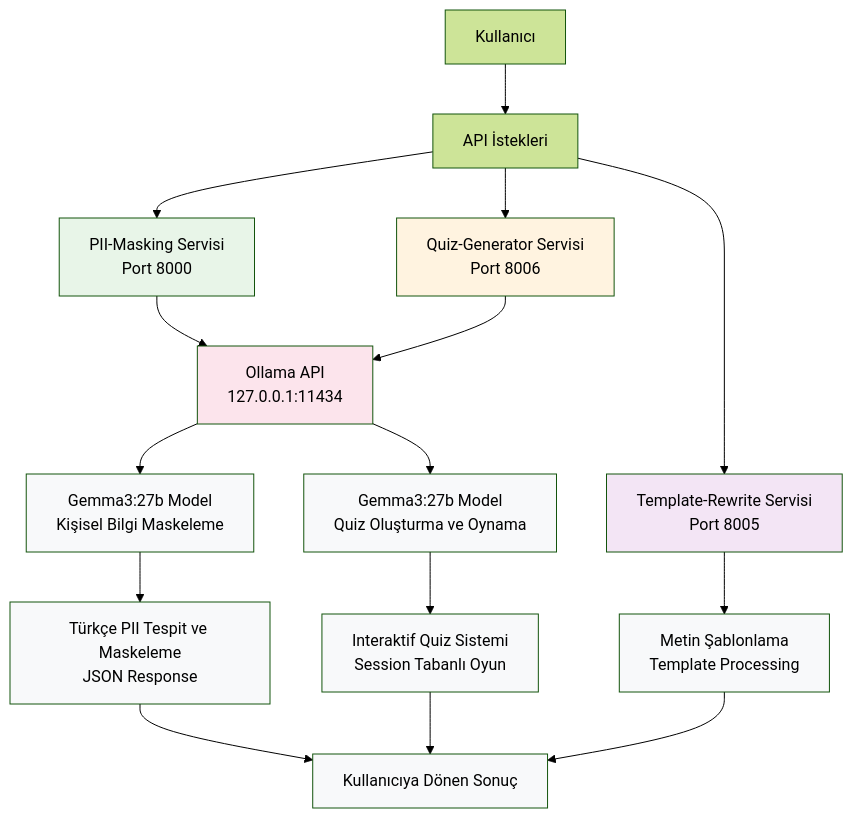
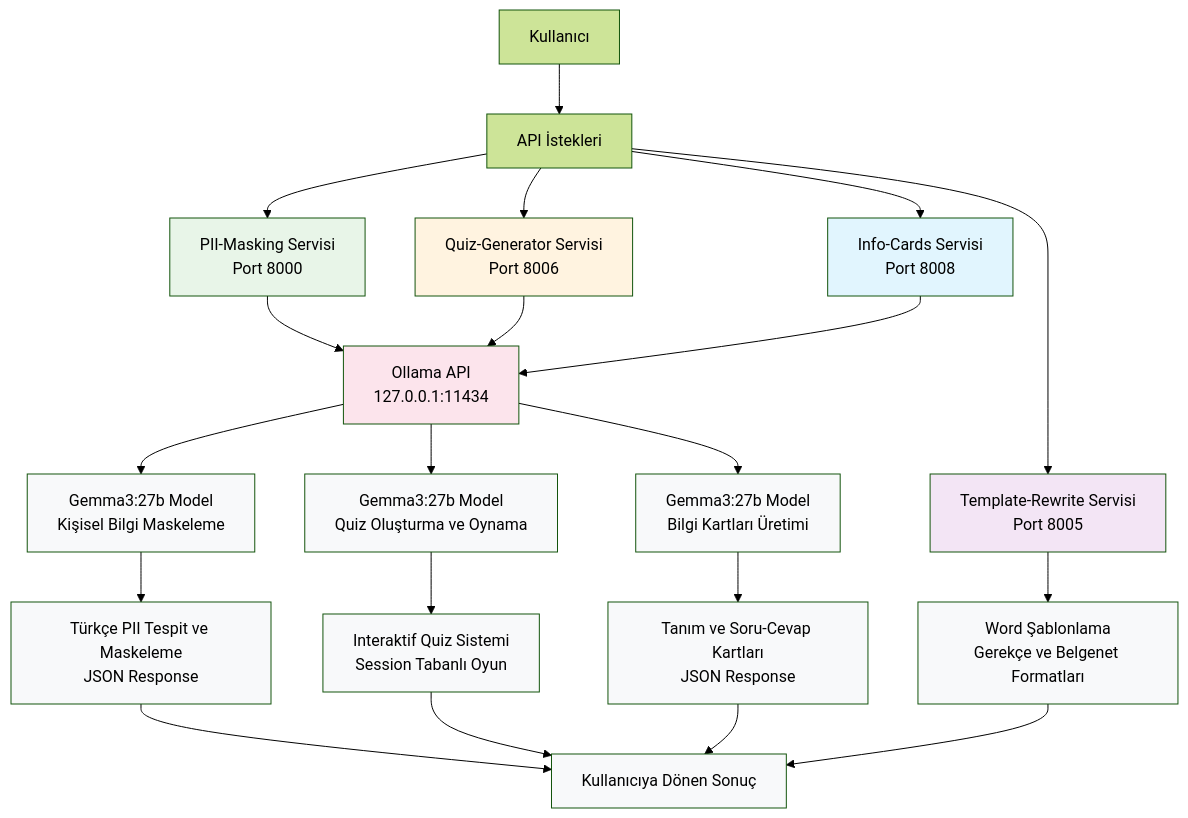
The second of 3 diagrams in README.md (aeyeniay/ai_hub), drawn with Mermaid (forest theme) before and after one commit. The commit also changed other lines of this file and 17 other files, not shown here.

````diff
--- a/README.md
+++ b/README.md
@@ -212,34 +262,42 @@
 ```mermaid
 graph TB
     A[Kullanıcı] --> B[API İstekleri]
     
     B --> C[PII-Masking Servisi<br/>Port 8000]
     B --> D[Quiz-Generator Servisi<br/>Port 8006]
     B --> E[Template-Rewrite Servisi<br/>Port 8005]
+    B --> F[Info-Cards Servisi<br/>Port 8008]
     
-    C --> F[Ollama API<br/>127.0.0.1:11434]
-    D --> F
+    C --> G[Ollama API<br/>127.0.0.1:11434]
+    D --> G
+    F --> G
     
-    F --> G[Gemma3:27b Model<br/>Kişisel Bilgi Maskeleme]
-    F --> H[Gemma3:27b Model<br/>Quiz Oluşturma ve Oynama]
+    G --> H[Gemma3:27b Model<br/>Kişisel Bilgi Maskeleme]
+    G --> I[Gemma3:27b Model<br/>Quiz Oluşturma ve Oynama]
+    G --> J[Gemma3:27b Model<br/>Bilgi Kartları Üretimi]
     
-    G --> I[Türkçe PII Tespit ve Maskeleme<br/>JSON Response]
-    H --> J[Interaktif Quiz Sistemi<br/>Session Tabanlı Oyun]
+    H --> K[Türkçe PII Tespit ve Maskeleme<br/>JSON Response]
+    I --> L[Interaktif Quiz Sistemi<br/>Session Tabanlı Oyun]
+    J --> M[Tanım ve Soru-Cevap Kartları<br/>JSON Response]
     
-    E --> K[Metin Şablonlama<br/>Template Processing]
+    E --> N[Word Şablonlama<br/>Gerekçe ve Belgenet Formatları]
     
-    I --> L[Kullanıcıya Dönen Sonuç]
-    J --> L
-    K --> L
+    K --> O[Kullanıcıya Dönen Sonuç]
+    L --> O
+    M --> O
+    N --> O
     
     style C fill:#e8f5e8
     style D fill:#fff3e0
     style E fill:#f3e5f5
-    style F fill:#fce4ec
-    style G fill:#f8f9fa
+    style F fill:#e1f5fe
+    style G fill:#fce4ec
     style H fill:#f8f9fa
     style I fill:#f8f9fa
     style J fill:#f8f9fa
     style K fill:#f8f9fa
     style L fill:#f8f9fa
+    style M fill:#f8f9fa
+    style N fill:#f8f9fa
+    style O fill:#f8f9fa
 ```
````
